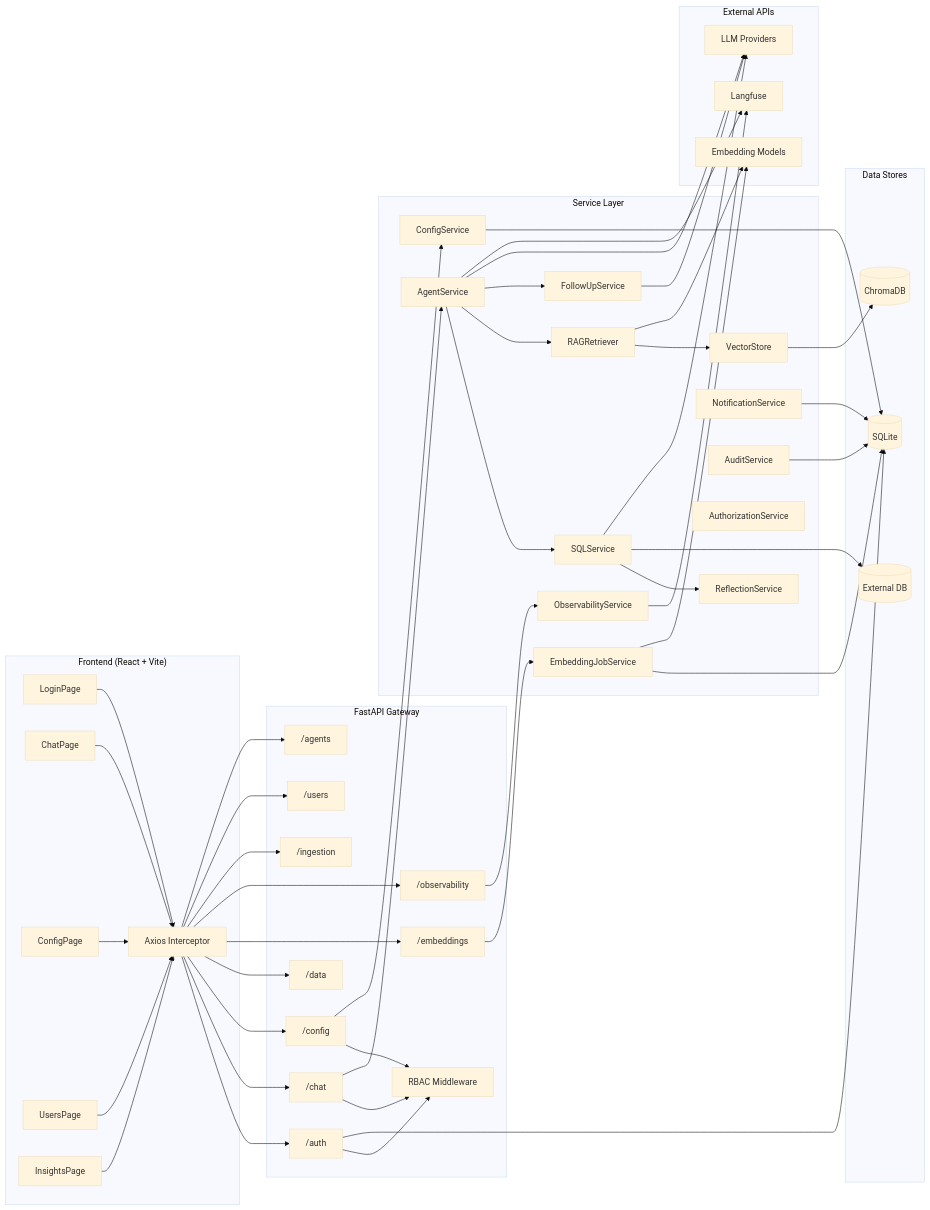
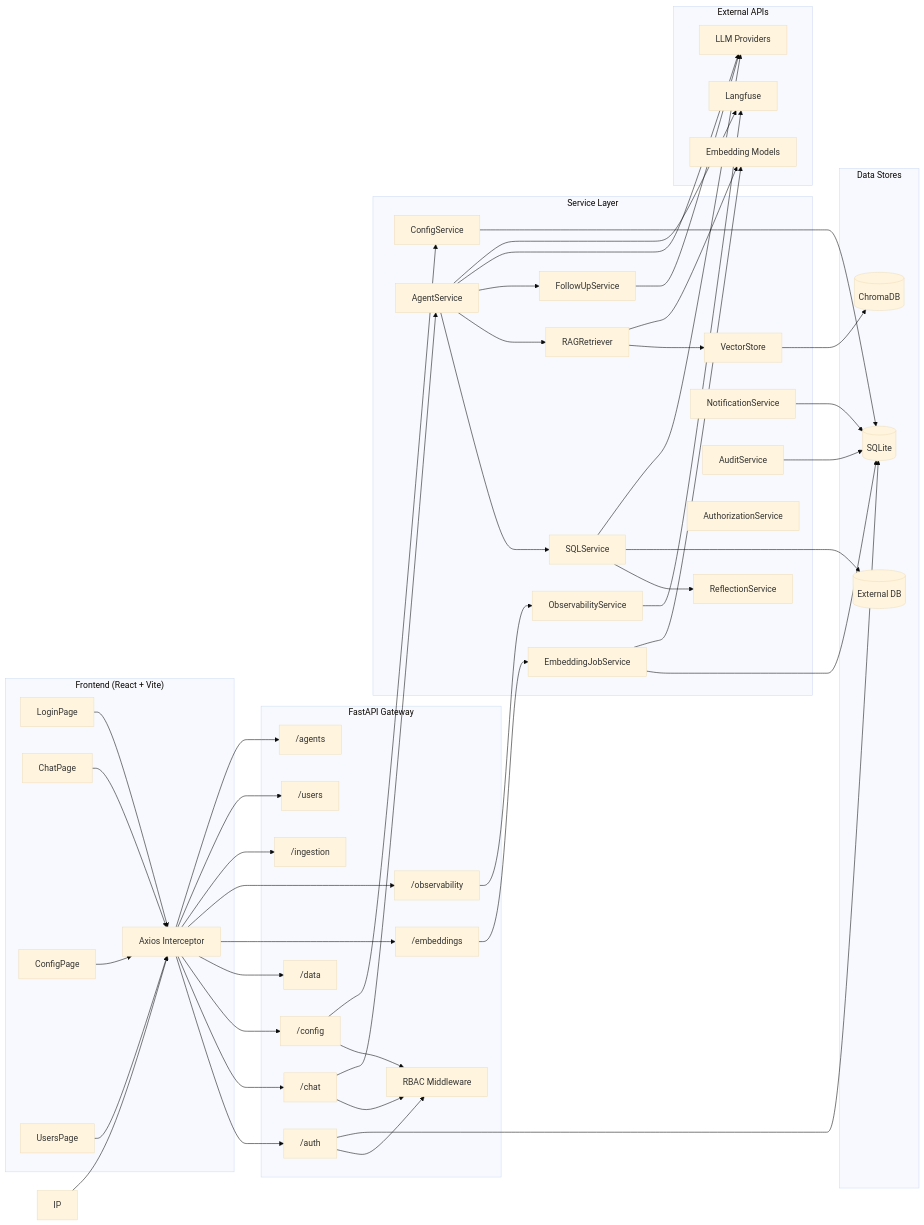
Before and after one commit to mdt-smartcare/Data-inisights-copilot: the diagram in wiki/images/diagrams/01_system_architecture.mmd, drawn with Mermaid (base theme). The commit also changed 14 other files, not shown here.

```diff
--- a/wiki/images/diagrams/01_system_architecture.mmd
+++ b/wiki/images/diagrams/01_system_architecture.mmd
@@ -1,74 +1,73 @@
 graph LR
     subgraph Frontend["Frontend (React + Vite)"]
         LP[LoginPage]
         CP[ChatPage]
         CFG[ConfigPage]
         UP[UsersPage]
-        IP[InsightsPage]
         AX[Axios Interceptor]
     end
 
     subgraph Gateway["FastAPI Gateway"]
         AUTH["/auth"]
         CHAT["/chat"]
         CONFIG["/config"]
         DATA["/data"]
         EMB["/embeddings"]
         OBS["/observability"]
         ING["/ingestion"]
         USR["/users"]
         AGENT["/agents"]
         RBAC["RBAC Middleware"]
     end
 
     subgraph Services["Service Layer"]
         AS["AgentService"]
         SQL["SQLService"]
         VS["VectorStore"]
         RAG["RAGRetriever"]
         CS["ConfigService"]
         EJS["EmbeddingJobService"]
         FS["FollowUpService"]
         RS["ReflectionService"]
         NS["NotificationService"]
         OBSSVC["ObservabilityService"]
         AUDS["AuditService"]
         AUTHS["AuthorizationService"]
     end
 
     subgraph DataStores["Data Stores"]
         SQLITE[(SQLite)]
         CHROMA[(ChromaDB)]
         EXTDB[(External DB)]
     end
 
     subgraph External["External APIs"]
         LLM["LLM Providers"]
         EMBMOD["Embedding Models"]
         LF["Langfuse"]
     end
 
     LP & CP & CFG & UP & IP --> AX
     AX --> AUTH & CHAT & CONFIG & DATA & EMB & OBS & ING & USR & AGENT
 
     AUTH & CHAT & CONFIG --> RBAC
 
     CHAT --> AS
     CONFIG --> CS
     EMB --> EJS
     OBS --> OBSSVC
 
     AS --> SQL
     AS --> RAG
     AS --> FS
     SQL --> RS
     RAG --> VS
 
     SQL --> EXTDB
     VS --> CHROMA
     CS & EJS & AUDS & NS --> SQLITE
     AUTH --> SQLITE
 
     AS & SQL & FS --> LLM
     RAG & EJS --> EMBMOD
     AS & OBSSVC --> LF
```
